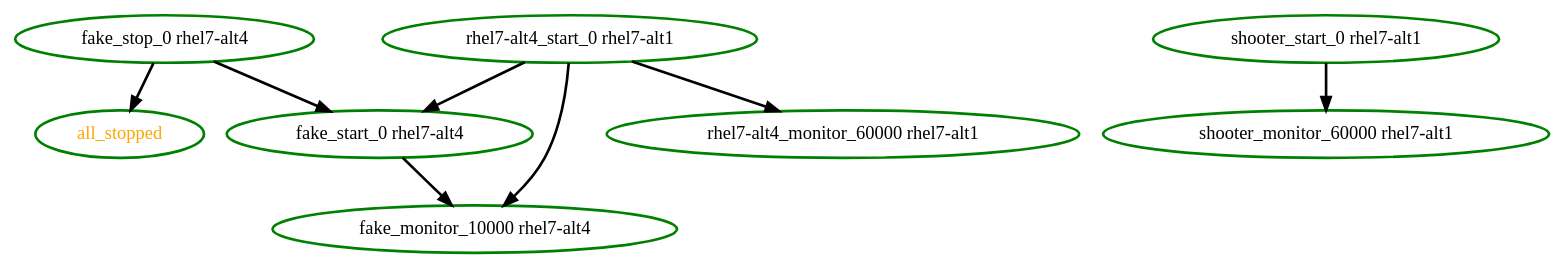
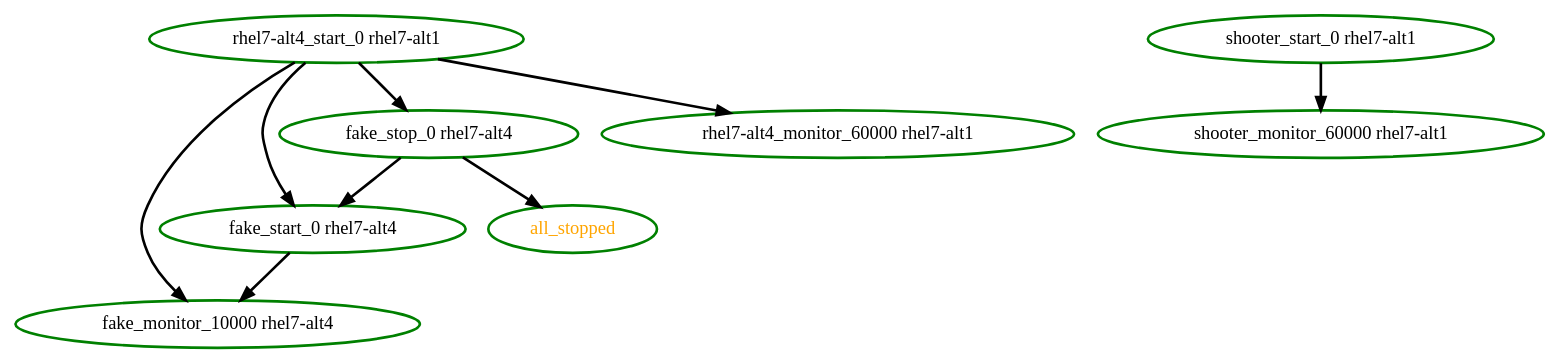
One commit to ClusterLabs/pacemaker changed the diagram in pengine/test10/remote-recover.dot. Above: the diagram before and after it, drawn with Graphviz. The commit also changed 1 other file, not shown here.

```diff
--- a/pengine/test10/remote-recover.dot
+++ b/pengine/test10/remote-recover.dot
@@ -1,17 +1,18 @@
  digraph "g" {
 "all_stopped" [ style=bold color="green" fontcolor="orange"]
 "fake_monitor_10000 rhel7-alt4" [ style=bold color="green" fontcolor="black"]
 "fake_start_0 rhel7-alt4" -> "fake_monitor_10000 rhel7-alt4" [ style = bold]
 "fake_start_0 rhel7-alt4" [ style=bold color="green" fontcolor="black"]
 "fake_stop_0 rhel7-alt4" -> "all_stopped" [ style = bold]
 "fake_stop_0 rhel7-alt4" -> "fake_start_0 rhel7-alt4" [ style = bold]
 "fake_stop_0 rhel7-alt4" [ style=bold color="green" fontcolor="black"]
 "rhel7-alt4_monitor_60000 rhel7-alt1" [ style=bold color="green" fontcolor="black"]
 "rhel7-alt4_start_0 rhel7-alt1" -> "fake_monitor_10000 rhel7-alt4" [ style = bold]
 "rhel7-alt4_start_0 rhel7-alt1" -> "fake_start_0 rhel7-alt4" [ style = bold]
+"rhel7-alt4_start_0 rhel7-alt1" -> "fake_stop_0 rhel7-alt4" [ style = bold]
 "rhel7-alt4_start_0 rhel7-alt1" -> "rhel7-alt4_monitor_60000 rhel7-alt1" [ style = bold]
 "rhel7-alt4_start_0 rhel7-alt1" [ style=bold color="green" fontcolor="black"]
 "shooter_monitor_60000 rhel7-alt1" [ style=bold color="green" fontcolor="black"]
 "shooter_start_0 rhel7-alt1" -> "shooter_monitor_60000 rhel7-alt1" [ style = bold]
 "shooter_start_0 rhel7-alt1" [ style=bold color="green" fontcolor="black"]
 }
```
